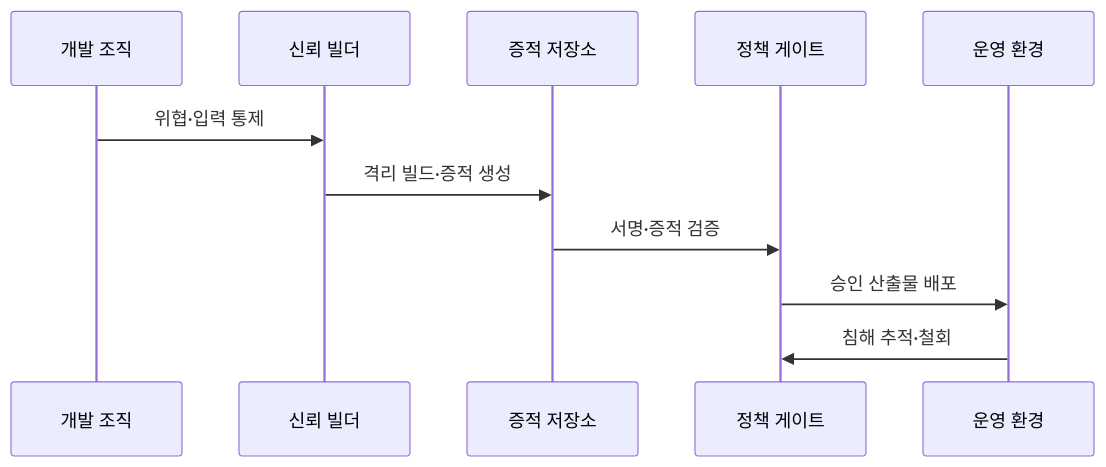
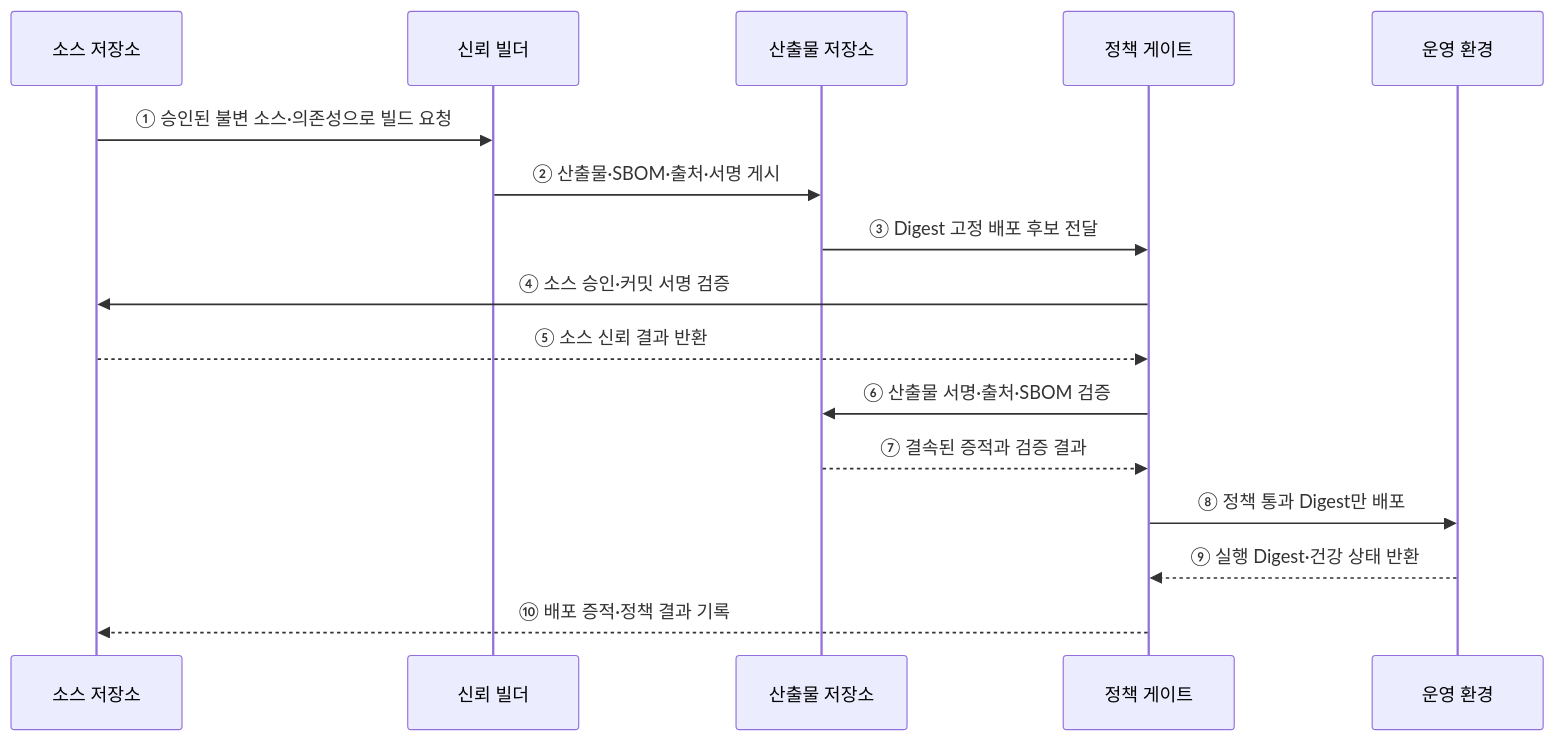
The second of 2 diagrams in src/content/docs/notes/03-software/185_software_supply_chain_security.md (agnusdei1207/knowledge-base), drawn with Mermaid before and after one commit. The commit also changed other lines of this file and 12 other files, not shown here.

````diff
--- a/src/content/docs/notes/03-software/185_software_supply_chain_security.md
+++ b/src/content/docs/notes/03-software/185_software_supply_chain_security.md
@@ -91,13 +73,18 @@
 ```mermaid
 sequenceDiagram
-    participant D as 개발 조직
+    participant S as 소스 저장소
     participant B as 신뢰 빌더
-    participant R as 증적 저장소
+    participant R as 산출물 저장소
     participant G as 정책 게이트
     participant O as 운영 환경
-    D->>B: 위협·입력 통제
-    B->>R: 격리 빌드·증적 생성
-    R->>G: 서명·증적 검증
-    G->>O: 승인 산출물 배포
-    O->>G: 침해 추적·철회
+    S->>B: ① 승인된 불변 소스·의존성으로 빌드 요청
+    B->>R: ② 산출물·SBOM·출처·서명 게시
+    R->>G: ③ Digest 고정 배포 후보 전달
+    G->>S: ④ 소스 승인·커밋 서명 검증
+    S-->>G: ⑤ 소스 신뢰 결과 반환
+    G->>R: ⑥ 산출물 서명·출처·SBOM 검증
+    R-->>G: ⑦ 결속된 증적과 검증 결과
+    G->>O: ⑧ 정책 통과 Digest만 배포
+    O-->>G: ⑨ 실행 Digest·건강 상태 반환
+    G-->>S: ⑩ 배포 증적·정책 결과 기록
 ```
````
